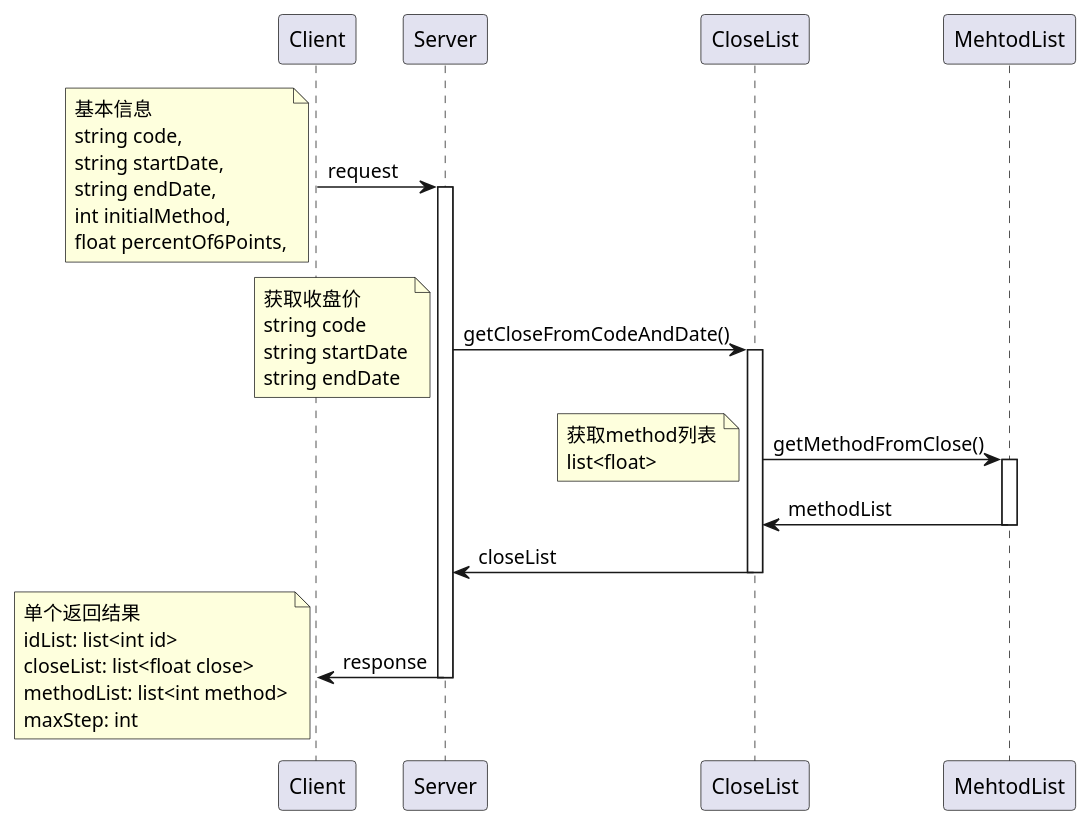
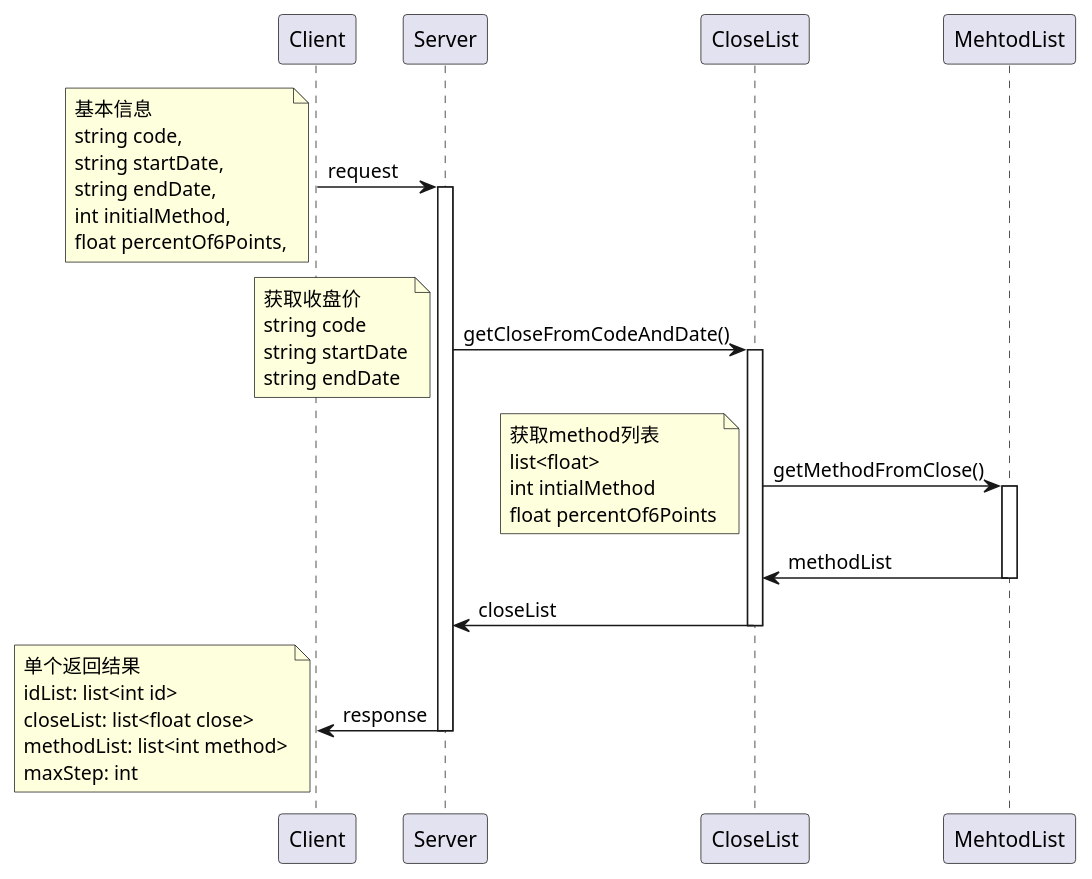
The diagram in sklearnLearn/singleGetMethodData.puml (skywings110/pytorchLearn), drawn with PlantUML before and after one commit. The commit also changed 1 other file, not shown here.

```diff
--- a/sklearnLearn/singleGetMethodData.puml
+++ b/sklearnLearn/singleGetMethodData.puml
@@ -1,46 +1,48 @@
 @startuml single
 
 '单个获取method数据'
 Client -> Server : request
 activate Server
 note left 
 基本信息
 string code, 
 string startDate, 
 string endDate, 
 int initialMethod, 
 float percentOf6Points,
 end note
 
 Server -> CloseList: getCloseFromCodeAndDate()
 activate CloseList
 note left
 获取收盘价
 string code
 string startDate
 string endDate
 end note
 
 CloseList -> MehtodList: getMethodFromClose()
 activate MehtodList
 note left
 获取method列表
 list<float>
+int intialMethod
+float percentOf6Points
 end note
 
 MehtodList -> CloseList: methodList
 deactivate MehtodList
 CloseList -> Server: closeList
 deactivate CloseList
 
 Client <- Server : response
 note left
 单个返回结果
 idList: list<int id>
 closeList: list<float close>
 methodList: list<int method>
 maxStep: int
 end note
 deactivate Server
 
 @enduml
```
